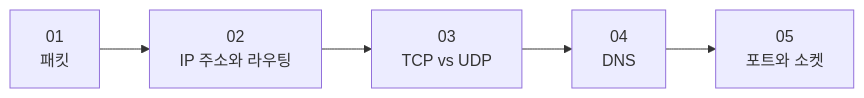
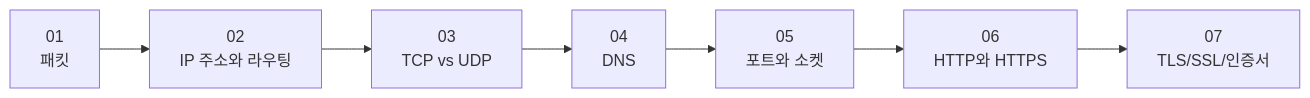
The diagram in docs/Network/index.md (kmj8843/blog), drawn with Mermaid before and after one commit. The commit also changed other lines of this file and 2 other files, not shown here.

````diff
--- a/docs/Network/index.md
+++ b/docs/Network/index.md
@@ -30,7 +30,9 @@
 ```mermaid
 flowchart LR
     A[01<br/>패킷] --> B[02<br/>IP 주소와 라우팅]
     B --> C[03<br/>TCP vs UDP]
     C --> D[04<br/>DNS]
     D --> E[05<br/>포트와 소켓]
+    E --> F[06<br/>HTTP와 HTTPS]
+    F --> G[07<br/>TLS/SSL/인증서]
 ```
````
